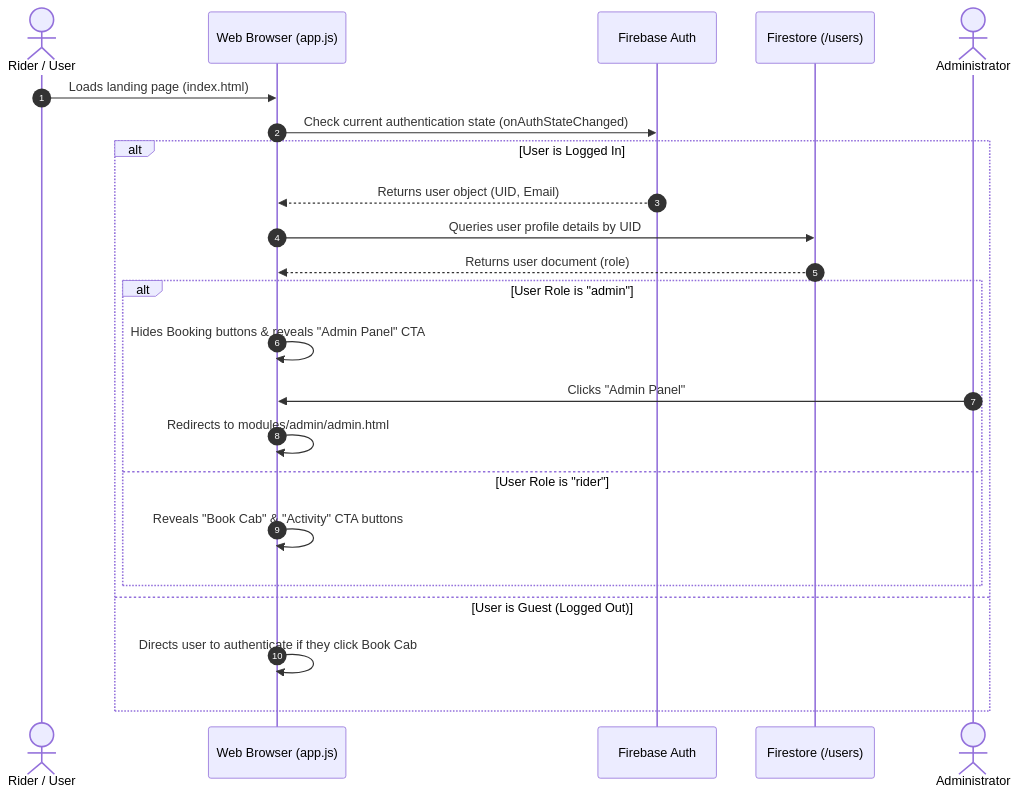
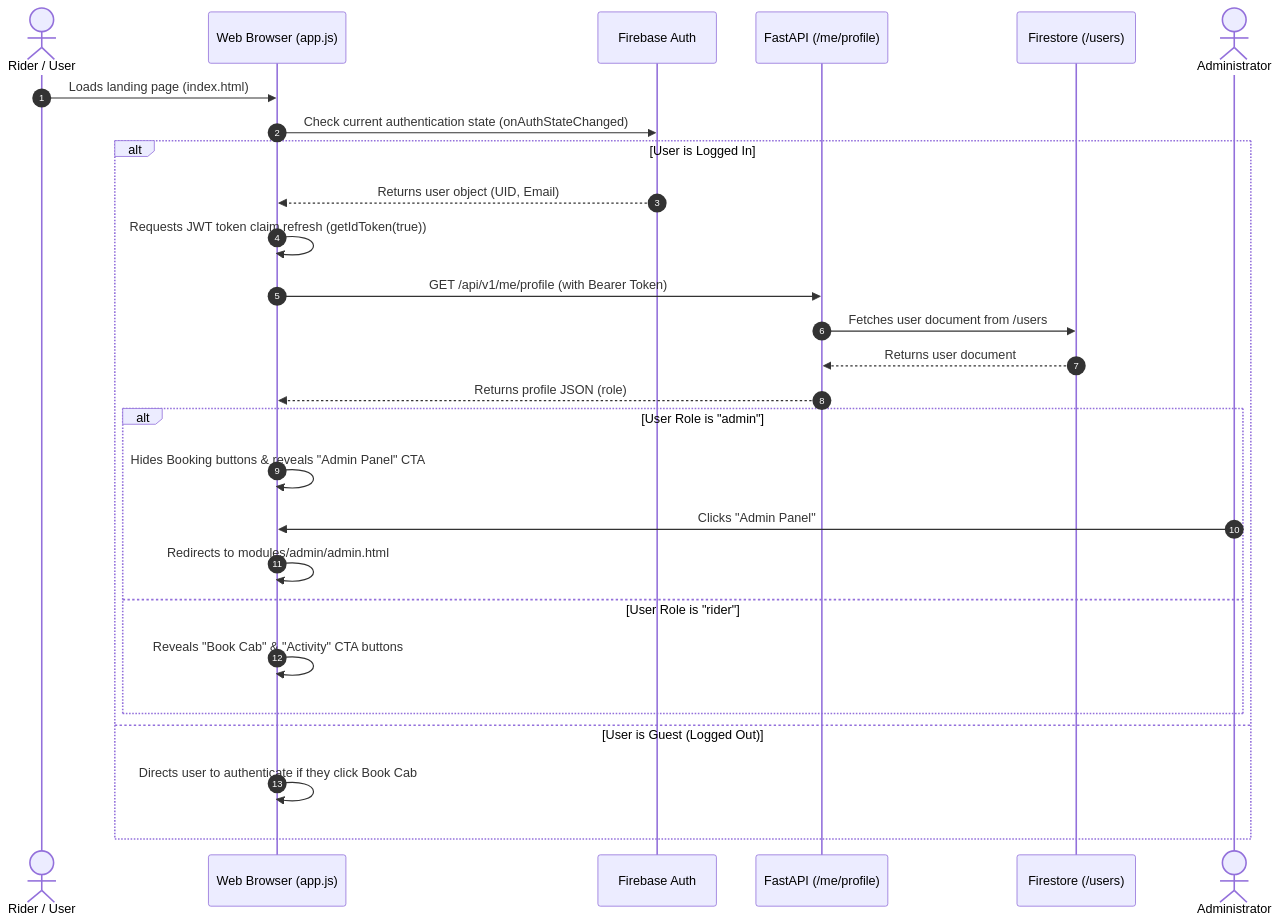
The second of 6 diagrams in docs/e2e_architecture.md (ishanm03/cab-website-cloud), drawn with Mermaid before and after one commit. The commit also changed other lines of this file and 1 other file, not shown here.

Commit message:
docs: rewrite system e2e architecture and schemas discovery to match new FastAPI hybrid structure

````diff
--- a/docs/e2e_architecture.md
+++ b/docs/e2e_architecture.md
@@ -56,28 +61,32 @@
 ```mermaid
 sequenceDiagram
     autonumber
     actor Rider as Rider / User
     participant Browser as Web Browser (app.js)
     participant FBAuth as Firebase Auth
+    participant FastAPI as FastAPI (/me/profile)
     participant Firestore as Firestore (/users)
     actor Admin as Administrator
 
     Rider->>Browser: Loads landing page (index.html)
     Browser->>FBAuth: Check current authentication state (onAuthStateChanged)
     
     alt User is Logged In
         FBAuth-->>Browser: Returns user object (UID, Email)
-        Browser->>Firestore: Queries user profile details by UID
-        Firestore-->>Browser: Returns user document (role)
+        Browser->>Browser: Requests JWT token claim refresh (getIdToken(true))
+        Browser->>FastAPI: GET /api/v1/me/profile (with Bearer Token)
+        FastAPI->>Firestore: Fetches user document from /users
+        Firestore-->>FastAPI: Returns user document
+        FastAPI-->>Browser: Returns profile JSON (role)
         
         alt User Role is "admin"
             Browser->>Browser: Hides Booking buttons & reveals "Admin Panel" CTA
             Admin->>Browser: Clicks "Admin Panel"
             Browser->>Browser: Redirects to modules/admin/admin.html
         else User Role is "rider"
             Browser->>Browser: Reveals "Book Cab" & "Activity" CTA buttons
         end
     else User is Guest (Logged Out)
         Browser->>Browser: Directs user to authenticate if they click Book Cab
     end
 ```
````
